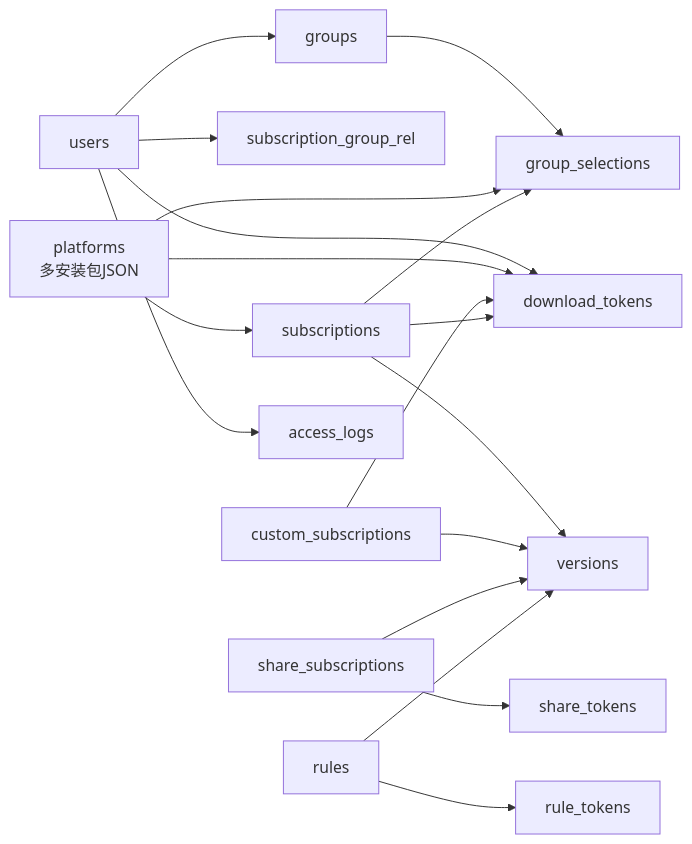
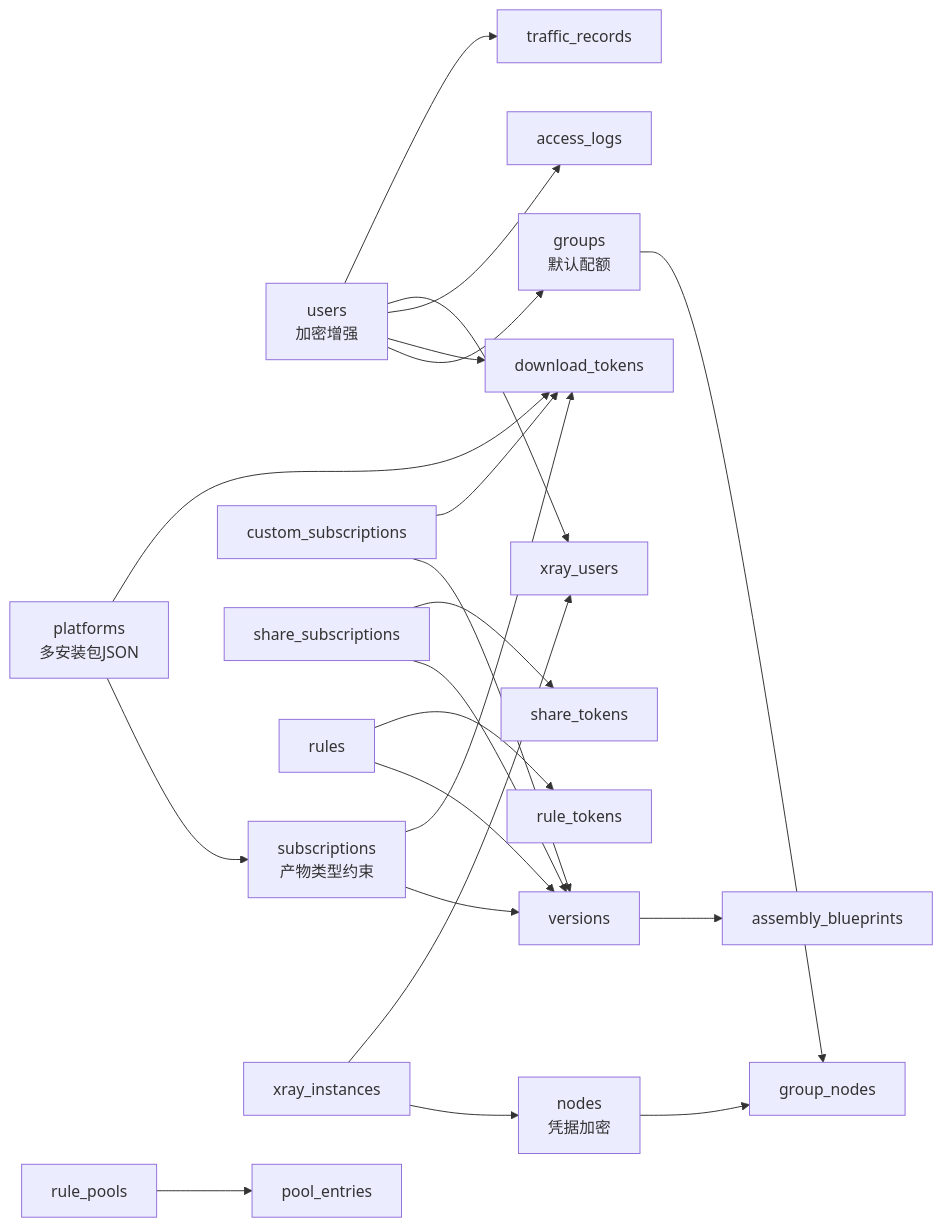
Before and after one commit to AlcaProphet/VPN-Subscription-Management: the tenth of 10 diagrams in .qoder/repowiki/zh/content/数据库设计.md, drawn with Mermaid. The commit also changed other lines of this file and 109 other files, not shown here.

````diff
--- a/.qoder/repowiki/zh/content/数据库设计.md
+++ b/.qoder/repowiki/zh/content/数据库设计.md
@@ -450,20 +571,24 @@
 ```mermaid
 graph LR
-Users["users"] --> Groups["groups"]
-Users --> SubRel["subscription_group_rel"]
-Platforms["platforms<br/>多安装包JSON"] --> Subscriptions["subscriptions"]
+Users["users<br/>加密增强"] --> Groups["groups<br/>默认配额"]
+Platforms["platforms<br/>多安装包JSON"] --> Subscriptions["subscriptions<br/>产物类型约束"]
 Subscriptions --> Versions["versions"]
 Custom["custom_subscriptions"] --> Versions
 Share["share_subscriptions"] --> Versions
 Rules["rules"] --> Versions
-Groups --> GroupSel["group_selections"]
-Platforms --> GroupSel
-Subscriptions --> GroupSel
 Users --> DownloadTok["download_tokens"]
 Platforms --> DownloadTok
 Custom --> DownloadTok
 Subscriptions --> DownloadTok
 Share --> ShareTok["share_tokens"]
 Rules --> RuleTok["rule_tokens"]
 Users --> AccessLog["access_logs"]
+RulePools["rule_pools"] --> PoolEntries["pool_entries"]
+XrayInstances["xray_instances"] --> Nodes["nodes<br/>凭据加密"]
+XrayInstances --> XrayUsers["xray_users"]
+Users --> XrayUsers
+Groups --> GroupNodes["group_nodes"]
+Nodes --> GroupNodes
+Versions --> AssemblyBlueprints["assembly_blueprints"]
+Users --> TrafficRecords["traffic_records"]
 ```
````
